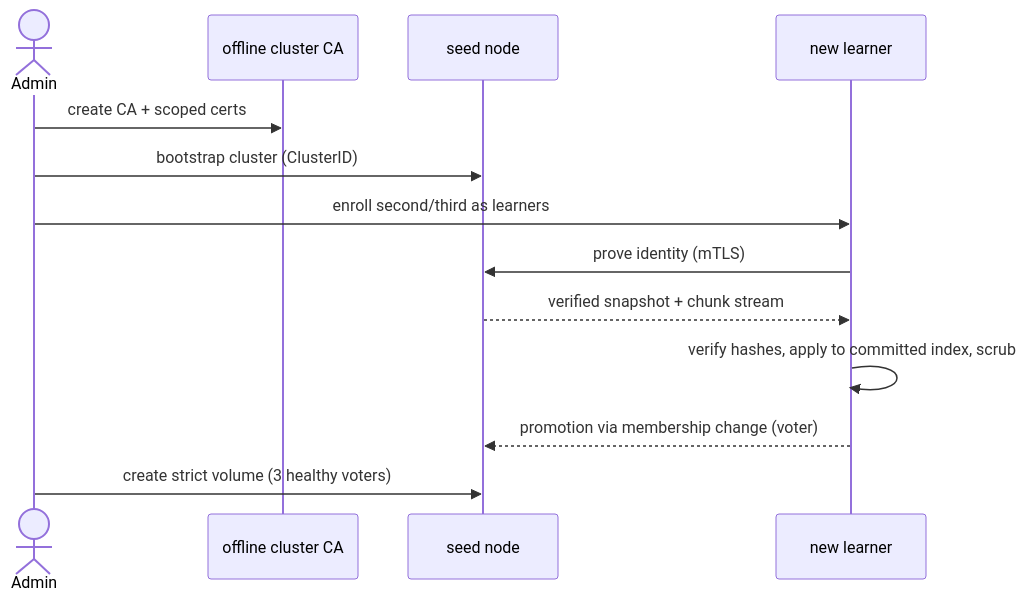
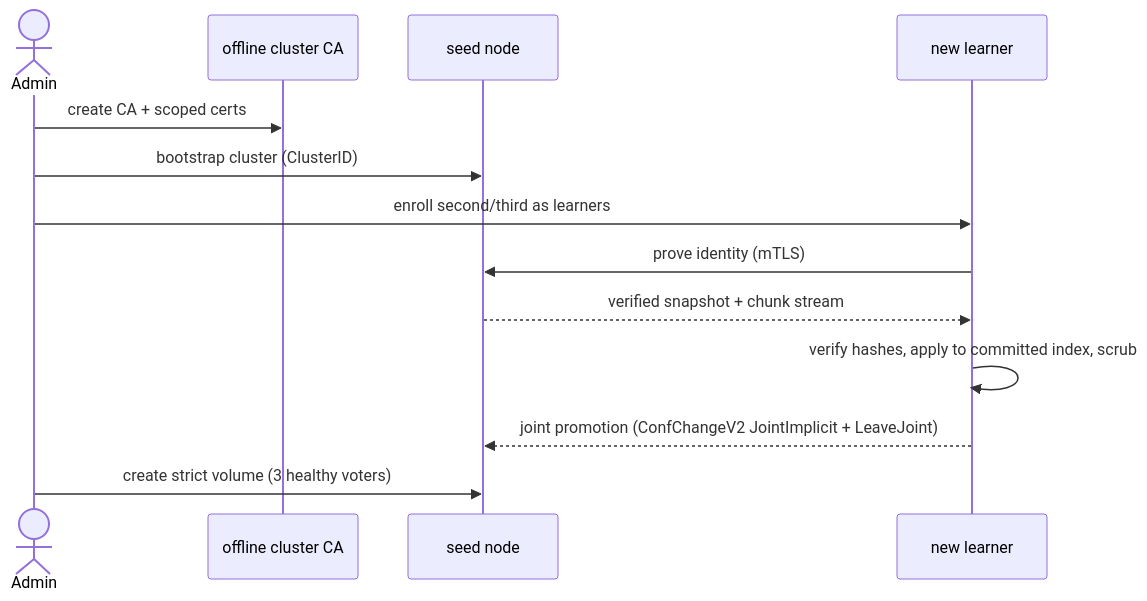
Before and after one commit to mohamedhabas11/syncfs: the diagram in docs/operating-model.md, drawn with Mermaid. The commit also changed other lines of this file and 27 other files, not shown here.

````diff
--- a/docs/operating-model.md
+++ b/docs/operating-model.md
@@ -40,15 +38,15 @@
 ```mermaid
 sequenceDiagram
     actor Admin
     participant CA as offline cluster CA
     participant Seed as seed node
     participant Learner as new learner
     Admin->>CA: create CA + scoped certs
     Admin->>Seed: bootstrap cluster (ClusterID)
     Admin->>Learner: enroll second/third as learners
     Learner->>Seed: prove identity (mTLS)
     Seed-->>Learner: verified snapshot + chunk stream
     Learner->>Learner: verify hashes, apply to committed index, scrub
-    Learner-->>Seed: promotion via membership change (voter)
+    Learner-->>Seed: joint promotion (ConfChangeV2 JointImplicit + LeaveJoint)
     Admin->>Seed: create strict volume (3 healthy voters)
 ```
````
